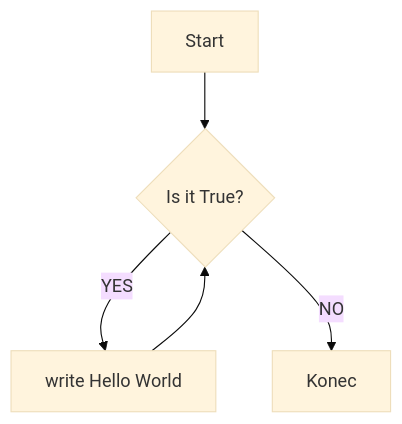
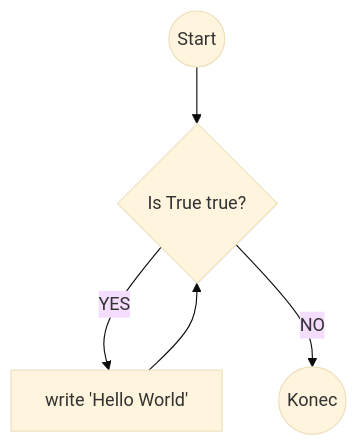
Before and after one commit to denisa-mat/BP-microbit: the diagram in README.md, drawn with Mermaid (base theme). The commit also changed other lines of this file, not shown here.

````diff
--- a/README.md
+++ b/README.md
@@ -59,7 +64,7 @@
 ```mermaid
   graph TD;
-      A[Start] --> B{Is it True?};
-      B -- YES --> C[write Hello World];
+      A((Start)) --> B{Is True true?};
+      B -- YES --> C[write 'Hello World'];
 	  C --> B;
-      B -- NO -->D[Konec];
+      B -- NO -->D((Konec));
 ```
````
